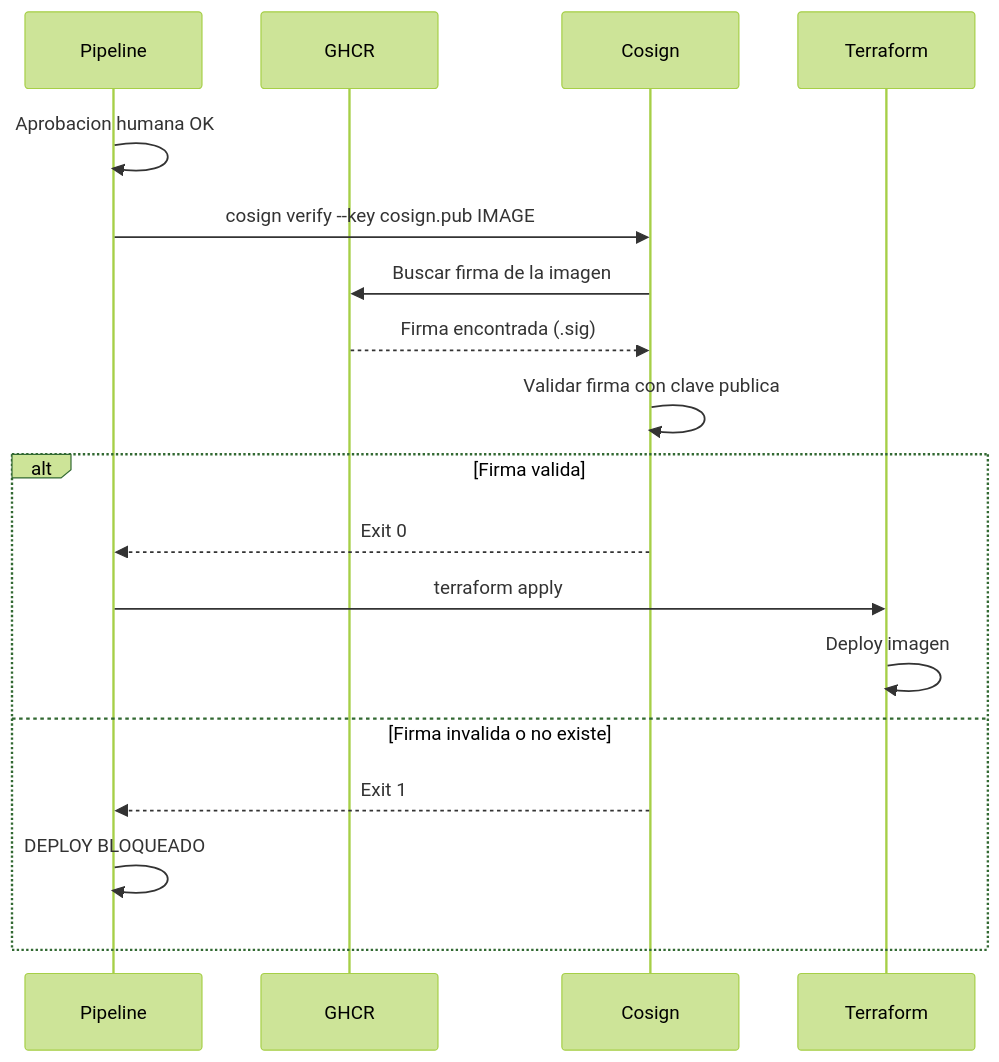
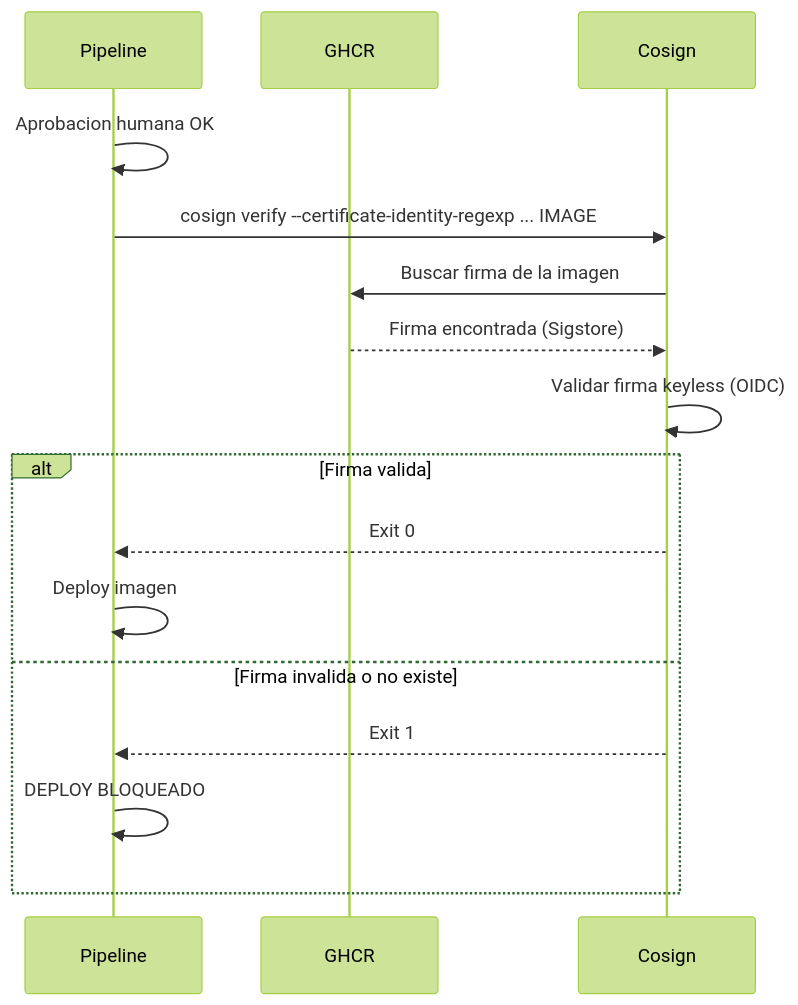
One commit to jhonsanchez/workshop-devsecops-pipelines changed the diagram in docs/lab10-deploy/step2.md. Above: the diagram before and after it, drawn with Mermaid (forest theme). The commit also changed other lines of this file and 22 other files, not shown here.

````diff
--- a/docs/lab10-deploy/step2.md
+++ b/docs/lab10-deploy/step2.md
@@ -286,22 +107,20 @@
 ```mermaid
 sequenceDiagram
     participant Pipeline
     participant GHCR
     participant Cosign
-    participant Terraform
 
     Pipeline->>Pipeline: Aprobacion humana OK
-    Pipeline->>Cosign: cosign verify --key cosign.pub IMAGE
+    Pipeline->>Cosign: cosign verify --certificate-identity-regexp ... IMAGE
     Cosign->>GHCR: Buscar firma de la imagen
-    GHCR-->>Cosign: Firma encontrada (.sig)
-    Cosign->>Cosign: Validar firma con clave publica
+    GHCR-->>Cosign: Firma encontrada (Sigstore)
+    Cosign->>Cosign: Validar firma keyless (OIDC)
 
     alt Firma valida
         Cosign-->>Pipeline: Exit 0
-        Pipeline->>Terraform: terraform apply
-        Terraform->>Terraform: Deploy imagen
+        Pipeline->>Pipeline: Deploy imagen
     else Firma invalida o no existe
         Cosign-->>Pipeline: Exit 1
         Pipeline->>Pipeline: DEPLOY BLOQUEADO
     end
 ```
````
